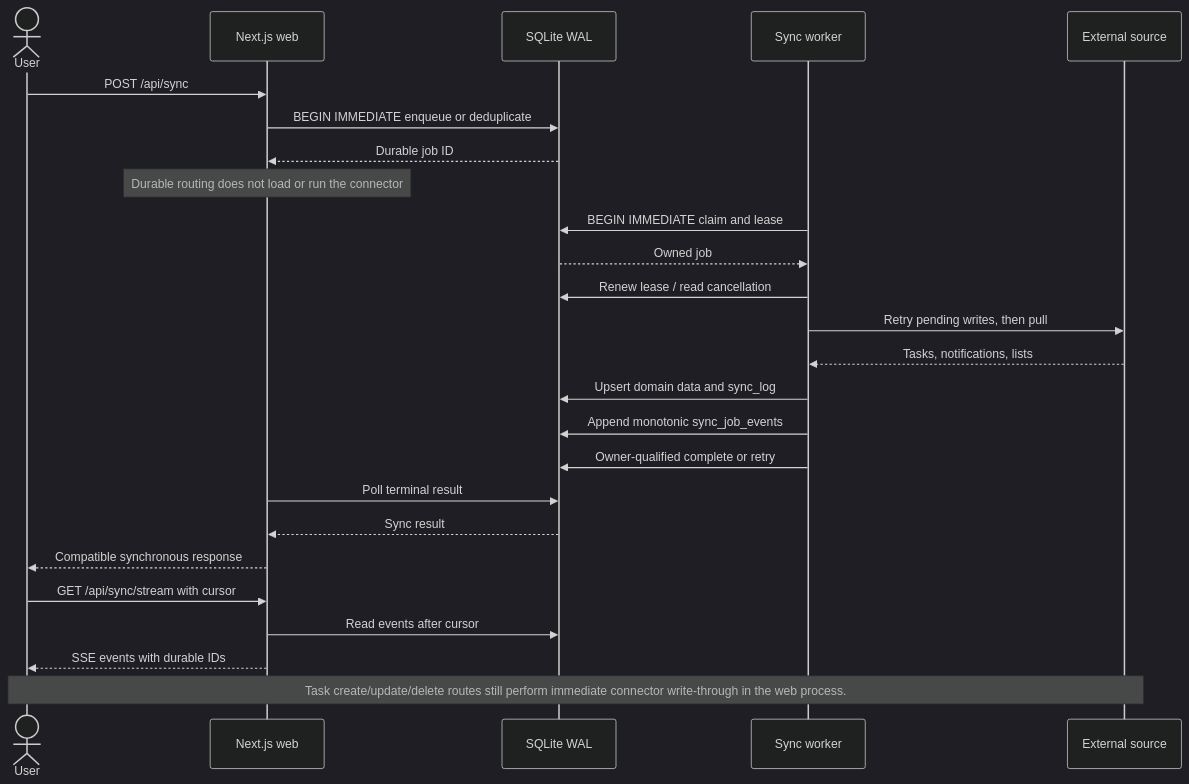
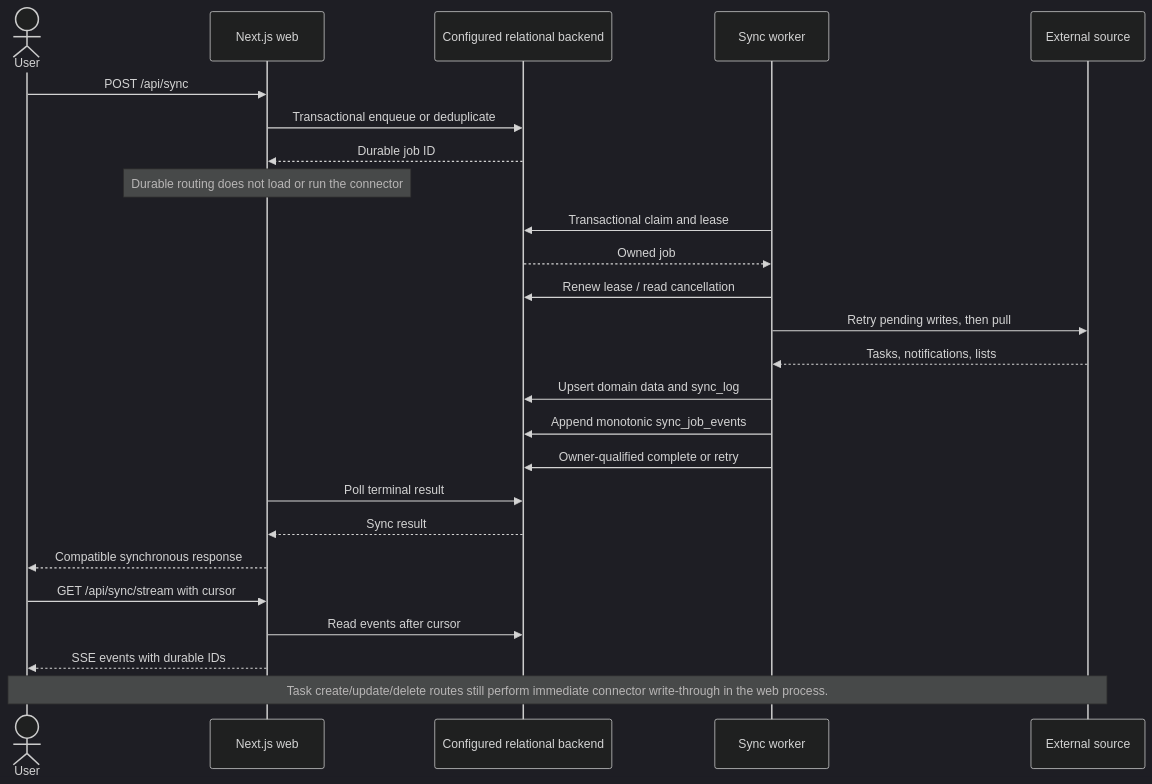
Before and after one commit to rsocko/mission-control: the second of 2 diagrams in docs/architecture/overview.md, drawn with Mermaid (dark theme). The commit also changed other lines of this file and 11 other files, not shown here.

Commit message:
docs: align architecture with PostgreSQL decision

````diff
--- a/docs/architecture/overview.md
+++ b/docs/architecture/overview.md
@@ -107,29 +114,29 @@
 ```mermaid
 sequenceDiagram
   actor User
   participant Web as Next.js web
-  participant DB as SQLite WAL
+  participant DB as Configured relational backend
   participant Worker as Sync worker
   participant Src as External source
 
   User->>Web: POST /api/sync
-  Web->>DB: BEGIN IMMEDIATE enqueue or deduplicate
+  Web->>DB: Transactional enqueue or deduplicate
   DB-->>Web: Durable job ID
   Note over Web: Durable routing does not load or run the connector
-  Worker->>DB: BEGIN IMMEDIATE claim and lease
+  Worker->>DB: Transactional claim and lease
   DB-->>Worker: Owned job
   Worker->>DB: Renew lease / read cancellation
   Worker->>Src: Retry pending writes, then pull
   Src-->>Worker: Tasks, notifications, lists
   Worker->>DB: Upsert domain data and sync_log
   Worker->>DB: Append monotonic sync_job_events
   Worker->>DB: Owner-qualified complete or retry
   Web->>DB: Poll terminal result
   DB-->>Web: Sync result
   Web-->>User: Compatible synchronous response
   User->>Web: GET /api/sync/stream with cursor
   Web->>DB: Read events after cursor
   Web-->>User: SSE events with durable IDs
 
   Note over User,Src: Task create/update/delete routes still perform immediate connector write-through in the web process.
 ```
````
